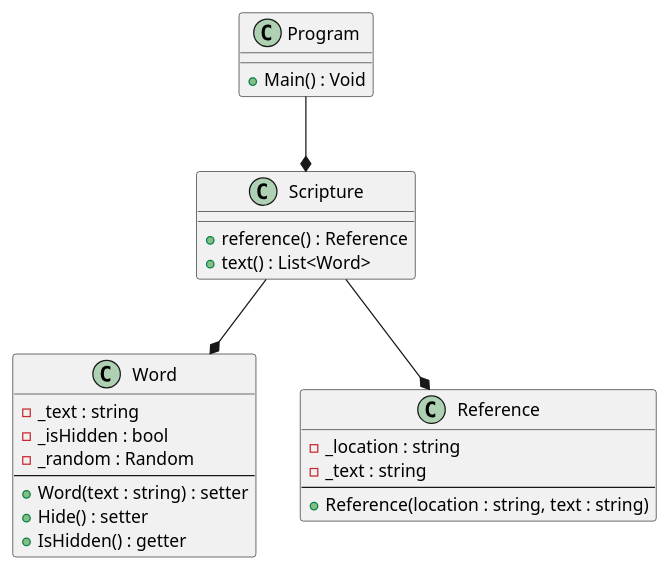
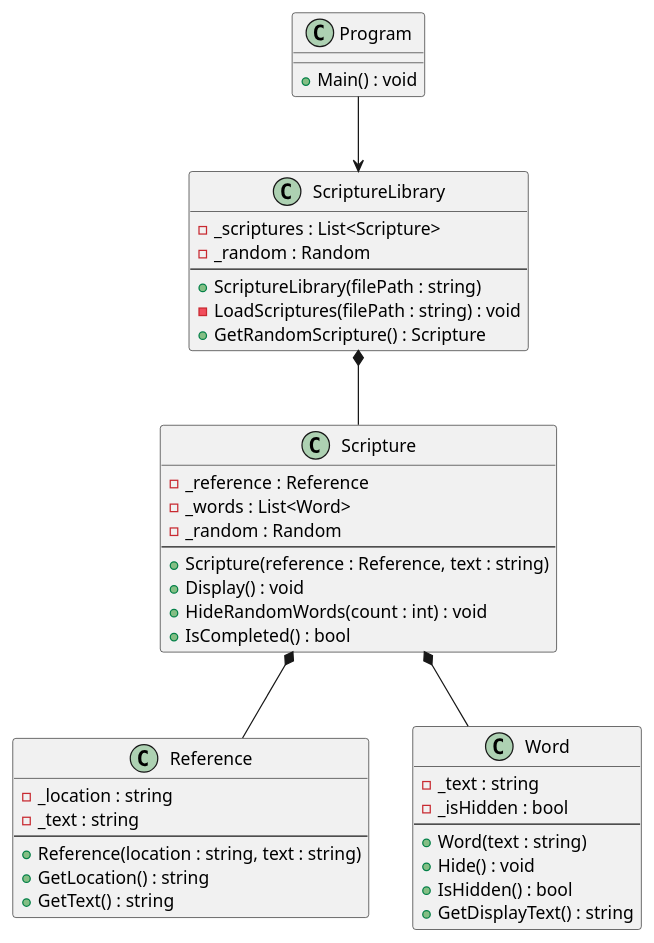
The diagram in prove/Develop03/ScriptureMemorizer.puml (automotopia2/cse21---projects), drawn with PlantUML before and after one commit. The commit also changed 6 other files, not shown here.

Commit message:
Finished Scripture class and Program. Added Scripture Library class to pull scriptures from a .txt file and fixed/updated the PUML diagram.

```diff
--- a/prove/Develop03/ScriptureMemorizer.puml
+++ b/prove/Develop03/ScriptureMemorizer.puml
@@ -1,38 +1,56 @@
 @startuml
 
-class Word 
+class Program
 {
-- _text : string
-- _isHidden : bool
-- _random : Random
---
-+ Word(text : string) : setter
-+ Hide() : setter
-+ IsHidden() : getter
+    + Main() : void
+}
+
+class ScriptureLibrary
+{
+    - _scriptures : List<Scripture>
+    - _random : Random
+    --
+    + ScriptureLibrary(filePath : string)
+    - LoadScriptures(filePath : string) : void
+    + GetRandomScripture() : Scripture
+}
+
+class Scripture
+{
+    - _reference : Reference
+    - _words : List<Word>
+    - _random : Random
+    --
+    + Scripture(reference : Reference, text : string)
+    + Display() : void
+    + HideRandomWords(count : int) : void
+    + IsCompleted() : bool
 }
 
 class Reference
 {
-- _location : string
-- _text : string
---
-+ Reference(location : string, text : string)
+    - _location : string
+    - _text : string
+    --
+    + Reference(location : string, text : string)
+    + GetLocation() : string
+    + GetText() : string
 }
 
-class Scripture
+class Word
 {
-+ reference() : Reference
-+ text() : List<Word>
+    - _text : string
+    - _isHidden : bool
+    --
+    + Word(text : string)
+    + Hide() : void
+    + IsHidden() : bool
+    + GetDisplayText() : string
 }
 
-class Program 
-{
-+ Main() : Void
-}
-
-Program --* Scripture
-
-Scripture --* Reference
-Scripture --* Word
+Program --> ScriptureLibrary
+ScriptureLibrary *-- Scripture 
+Scripture *-- Reference 
+Scripture *-- Word 
 
 @enduml
```
